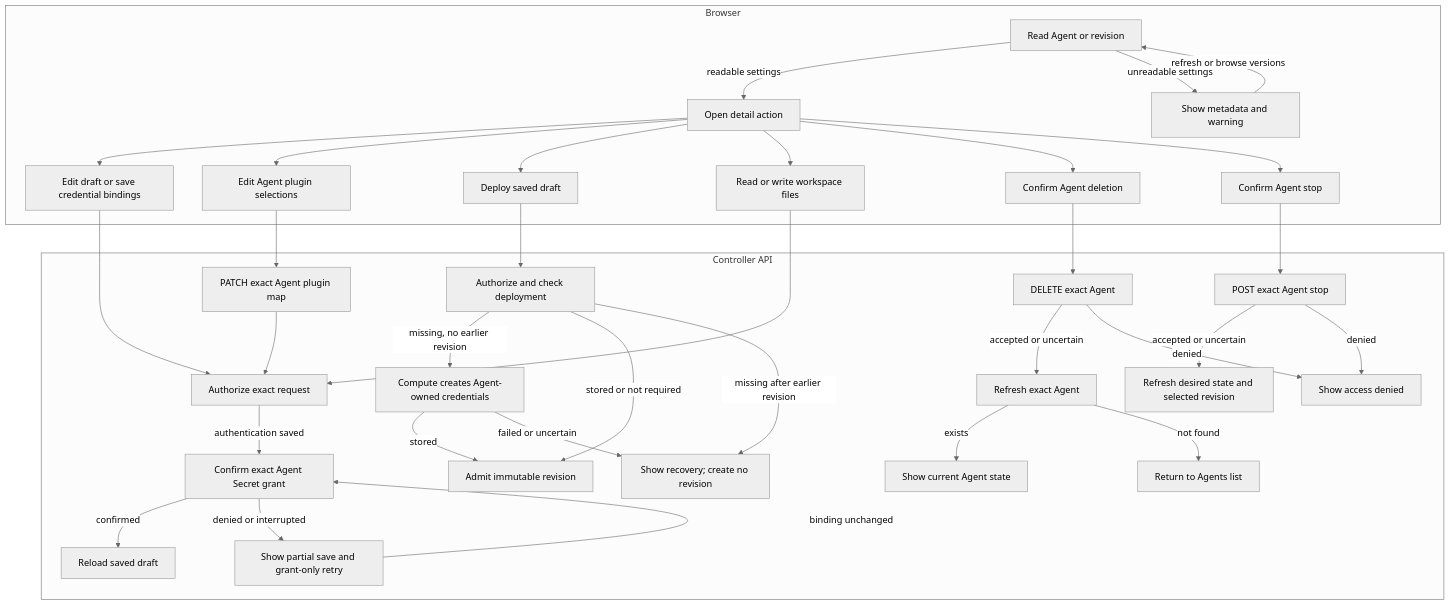
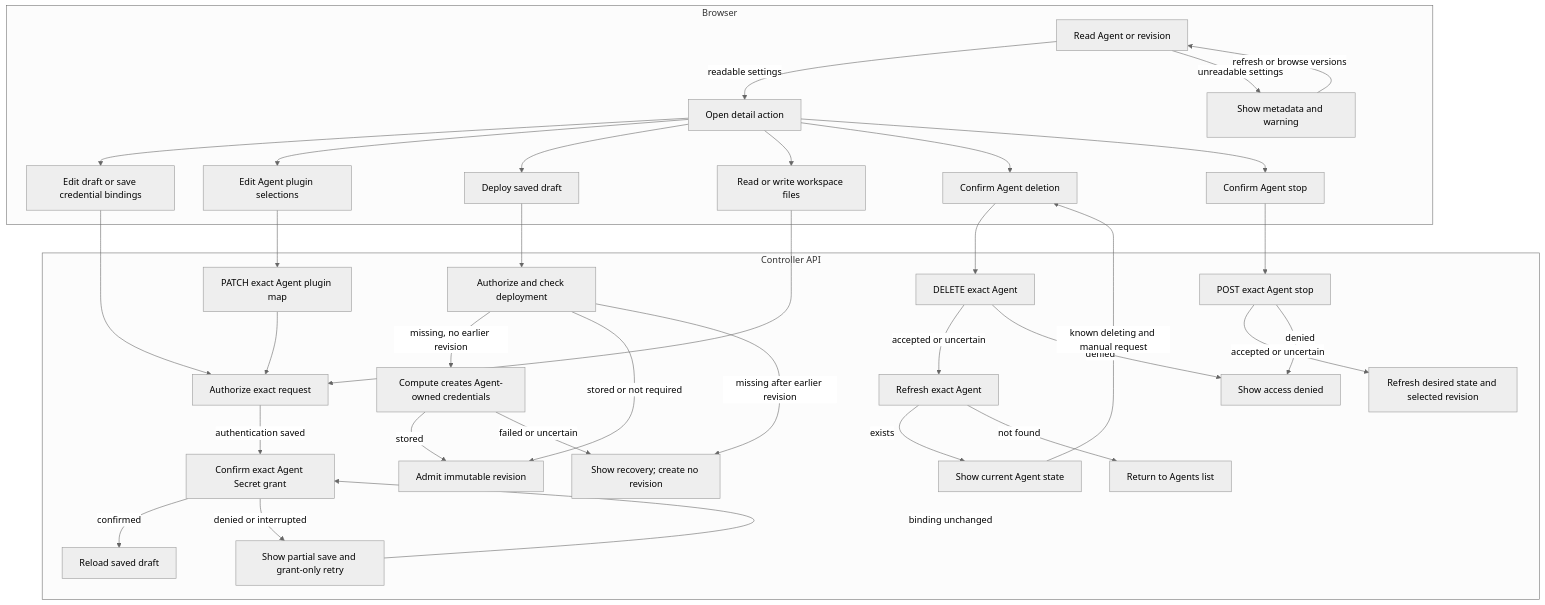
Before and after one commit to ericcaiwx-star/openclaw-enterprise: the diagram in docs/flows/platform-console/agent-editing.md, drawn with Mermaid (neutral theme). The commit also changed other lines of this file and 7 other files, not shown here.

````diff
--- a/docs/flows/platform-console/agent-editing.md
+++ b/docs/flows/platform-console/agent-editing.md
@@ -24,38 +24,39 @@
 ```mermaid
 graph TD
   subgraph Browser["Browser"]
     A["Read Agent or revision"] -->|readable settings| B["Open detail action"]
     A -->|unreadable settings| AE["Show metadata and warning"]
     AE -->|refresh or browse versions| A
     B --> C["Edit draft or save credential bindings"]
     B --> P["Edit Agent plugin selections"]
     B --> Q["Deploy saved draft"]
     B --> D["Read or write workspace files"]
     B --> E["Confirm Agent deletion"]
     B --> S["Confirm Agent stop"]
   end
   subgraph API["Controller API"]
     C --> F["Authorize exact request"]
     P --> PA["PATCH exact Agent plugin map"]
     PA --> F
     Q --> Y["Authorize and check deployment"]
     Y -->|missing, no earlier revision| Z["Compute creates Agent-owned credentials"]
     Y -->|stored or not required| R["Admit immutable revision"]
     Z -->|stored| R
     Z -->|failed or uncertain| N["Show recovery; create no revision"]
     Y -->|missing after earlier revision| N
     F -->|authentication saved| V["Confirm exact Agent Secret grant"]
     V -->|confirmed| W["Reload saved draft"]
     V -->|denied or interrupted| X["Show partial save and grant-only retry"]
     X -->|binding unchanged| V
     D --> F
     E --> G["DELETE exact Agent"]
     S --> T["POST exact Agent stop"]
     T -->|accepted or uncertain| U["Refresh desired state and selected revision"]
     T -->|denied| I
     G -->|accepted or uncertain| H["Refresh exact Agent"]
     G -->|denied| I["Show access denied"]
     H -->|exists| J["Show current Agent state"]
+    J -->|known deleting and manual request| E
     H -->|not found| K["Return to Agents list"]
   end
 ```
````
